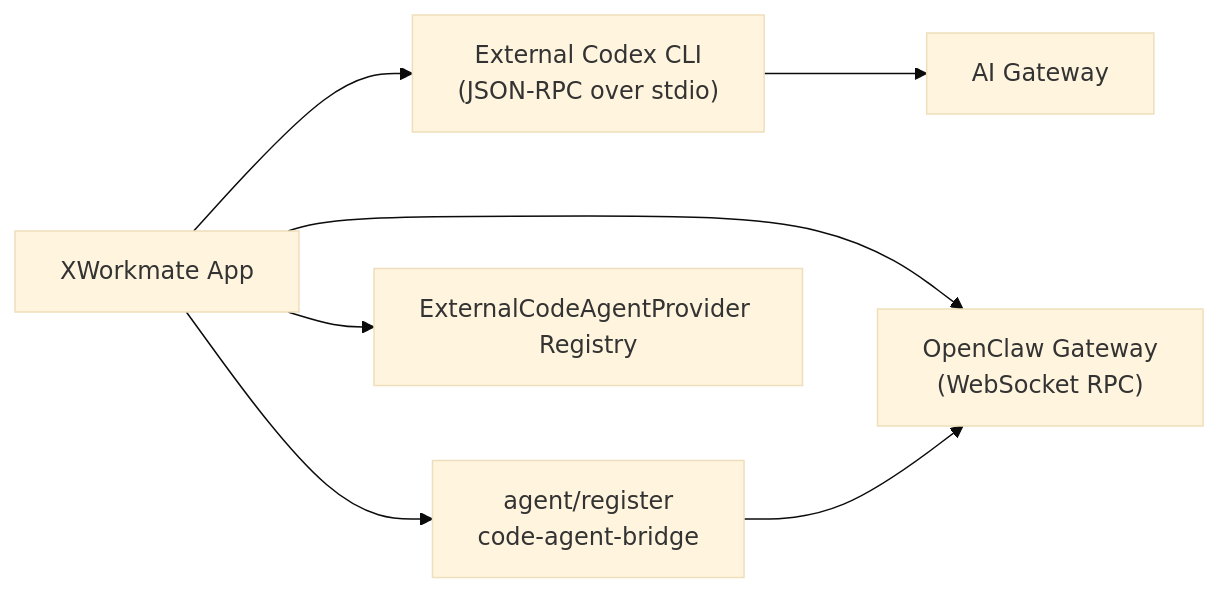
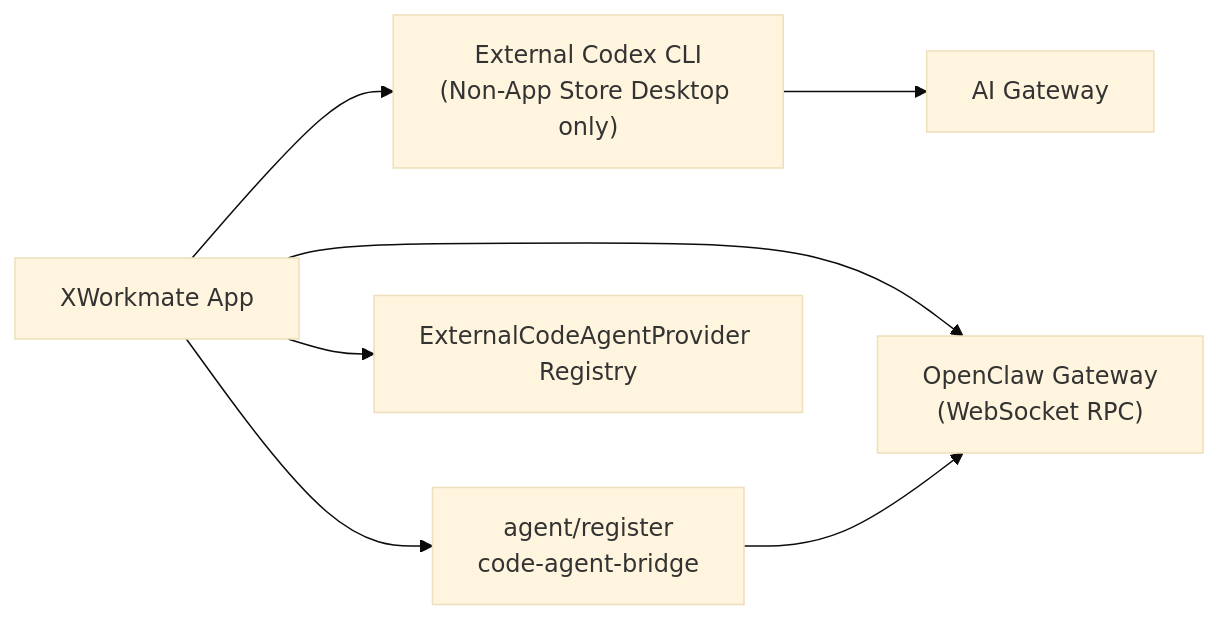
The diagram in docs/reports/codex-integration-status-actual.md (ai-workspace-lab/xworkmate-app), drawn with Mermaid (base theme) before and after one commit. The commit also changed other lines of this file and 14 other files, not shown here.

````diff
--- a/docs/reports/codex-integration-status-actual.md
+++ b/docs/reports/codex-integration-status-actual.md
@@ -98,9 +99,9 @@
 ```mermaid
 flowchart LR
-    X["XWorkmate App"] --> C["External Codex CLI\n(JSON-RPC over stdio)"]
+    X["XWorkmate App"] --> C["External Codex CLI\n(Non-App Store Desktop only)"]
     C --> A["AI Gateway"]
     X --> G["OpenClaw Gateway\n(WebSocket RPC)"]
     X --> R["agent/register\ncode-agent-bridge"]
     R --> G
     X --> P["ExternalCodeAgentProvider Registry"]
 ```
````
